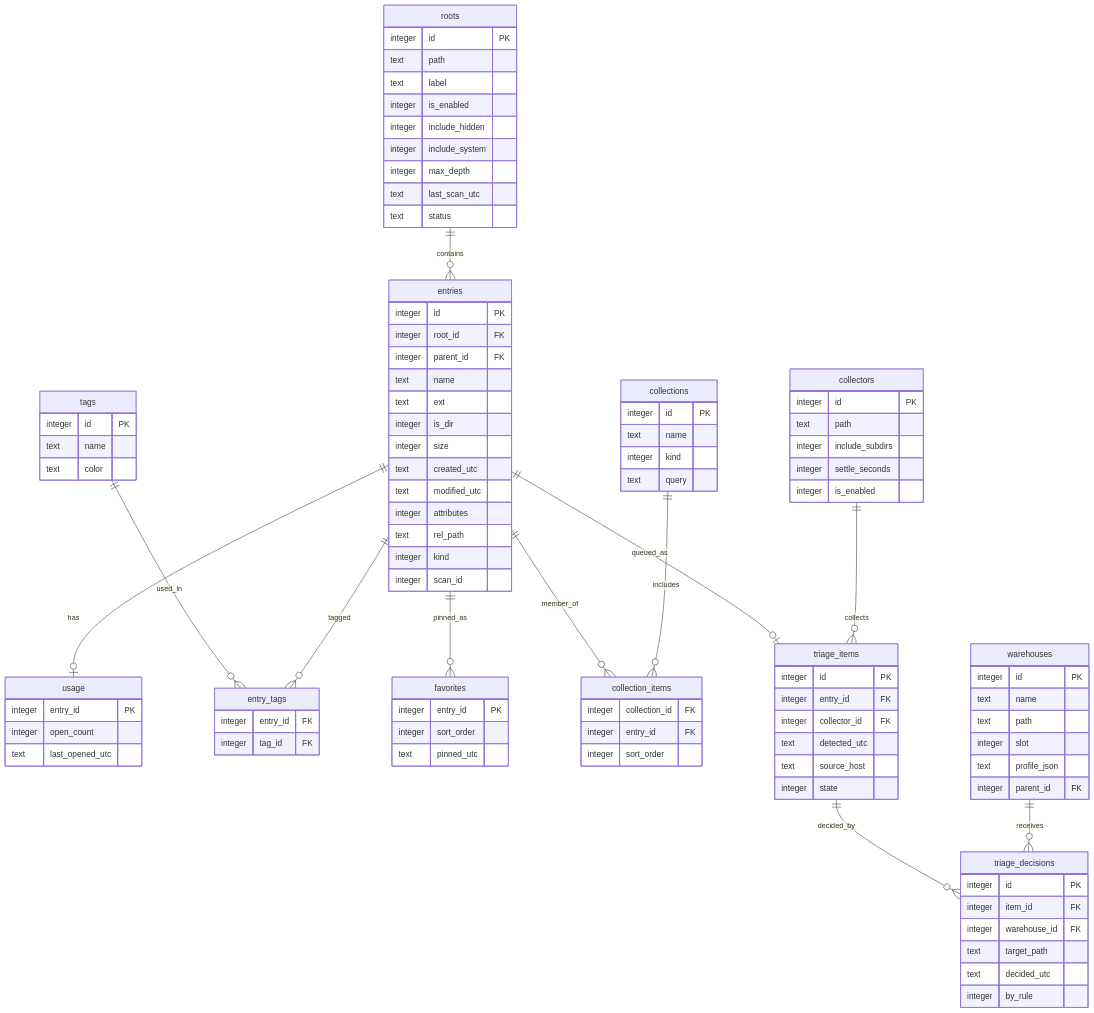
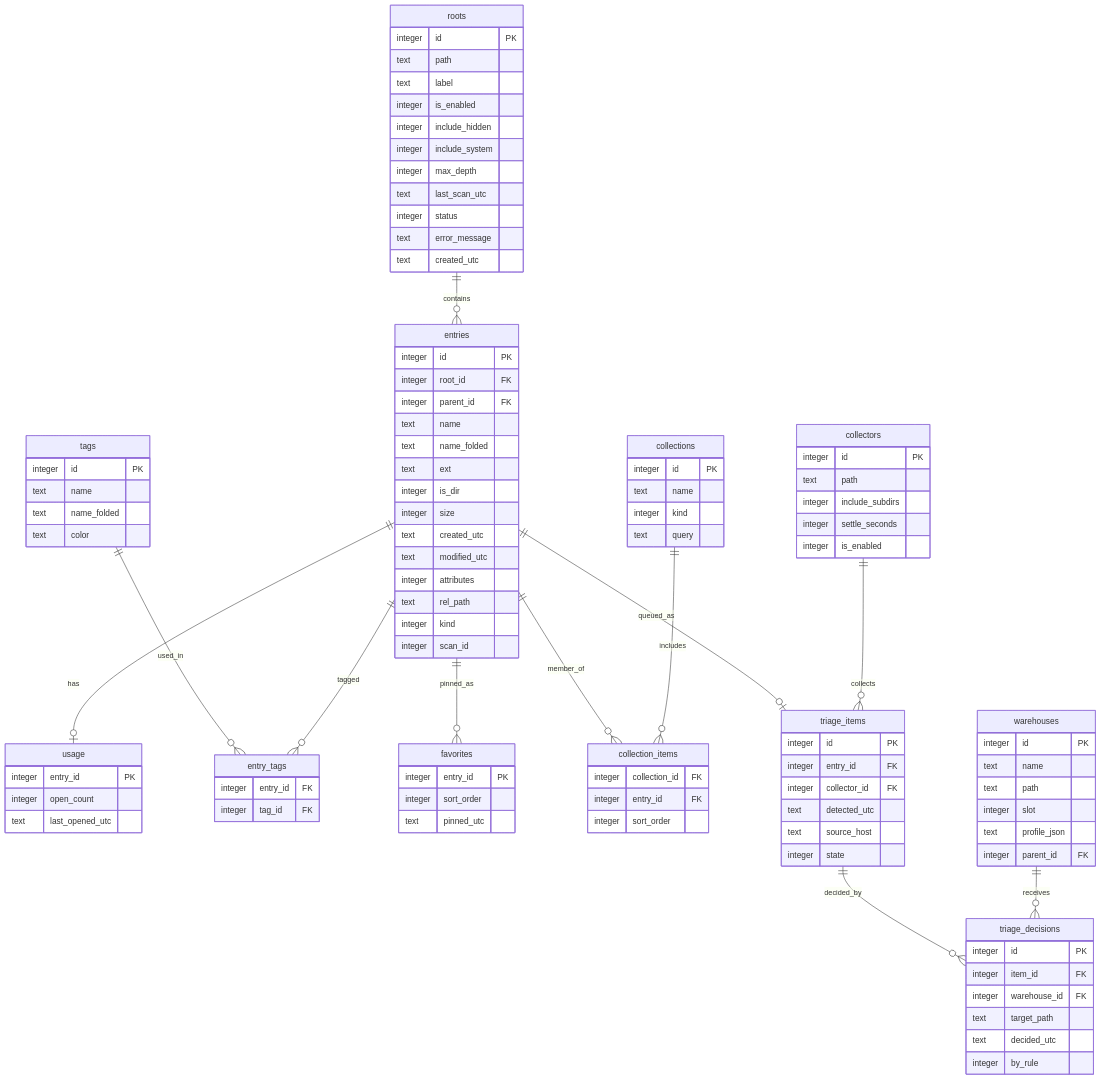
One commit to IichiKohuro/DiskApp changed the fifth of 7 diagrams in docs/ARCHITECTURE.md. Above: the diagram before and after it, drawn with Mermaid. The commit also changed other lines of this file and 3 other files, not shown here.

```diff
--- a/docs/ARCHITECTURE.md
+++ b/docs/ARCHITECTURE.md
@@ -188,13 +194,16 @@
         integer include_system
         integer max_depth
         text last_scan_utc
-        text status
+        integer status
+        text error_message
+        text created_utc
     }
     entries {
         integer id PK
         integer root_id FK
         integer parent_id FK
         text name
+        text name_folded
         text ext
         integer is_dir
         integer size
@@ -218,6 +227,7 @@
     tags {
         integer id PK
         text name
+        text name_folded
         text color
     }
     entry_tags {
```
